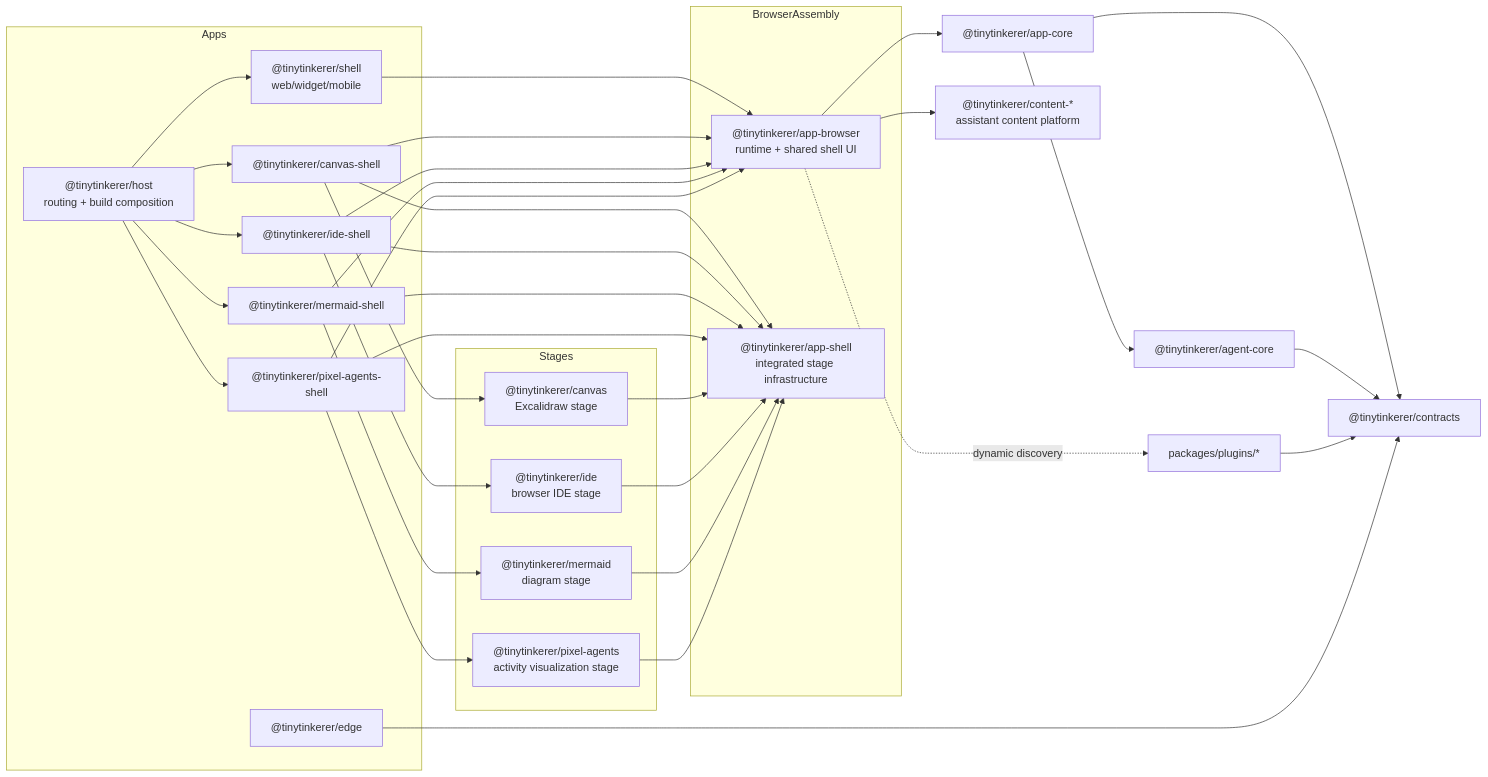
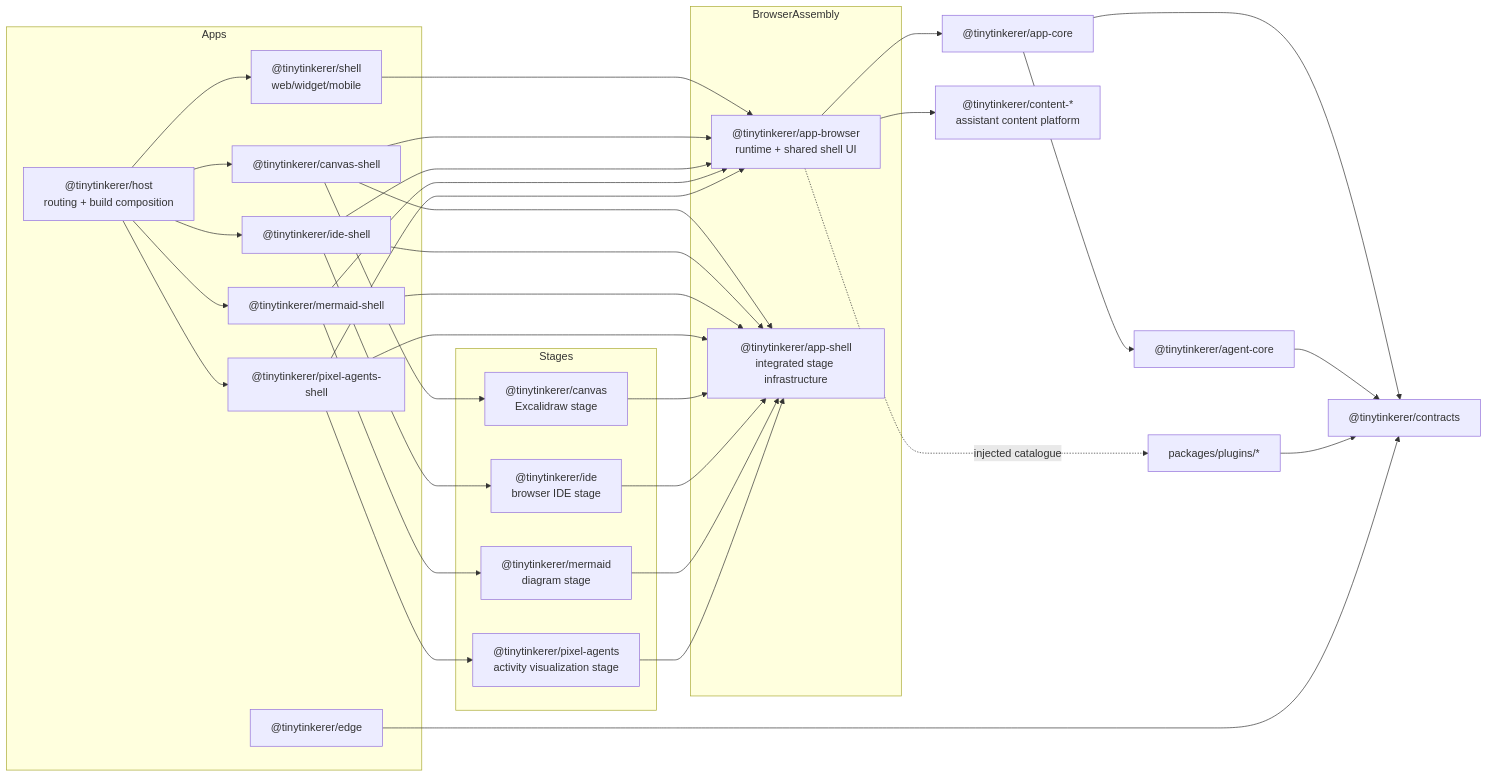
The diagram in docs/architecture/ARCHITECTURE.md (NNTin/tinytinkerer), drawn with Mermaid before and after one commit. The commit also changed other lines of this file and 68 other files, not shown here.

````diff
--- a/docs/architecture/ARCHITECTURE.md
+++ b/docs/architecture/ARCHITECTURE.md
@@ -80,61 +80,61 @@
 ```mermaid
 flowchart LR
   subgraph Apps
     host["@tinytinkerer/host<br/>routing + build composition"]
     shell["@tinytinkerer/shell<br/>web/widget/mobile"]
     canvasShell["@tinytinkerer/canvas-shell"]
     ideShell["@tinytinkerer/ide-shell"]
     mermaidShell["@tinytinkerer/mermaid-shell"]
     pixelAgentsShell["@tinytinkerer/pixel-agents-shell"]
     edge["@tinytinkerer/edge"]
   end
 
   subgraph BrowserAssembly
     appbrowser["@tinytinkerer/app-browser<br/>runtime + shared shell UI"]
     appshell["@tinytinkerer/app-shell<br/>integrated stage infrastructure"]
   end
 
   subgraph Stages
     canvas["@tinytinkerer/canvas<br/>Excalidraw stage"]
     ide["@tinytinkerer/ide<br/>browser IDE stage"]
     mermaid["@tinytinkerer/mermaid<br/>diagram stage"]
     pixelAgents["@tinytinkerer/pixel-agents<br/>activity visualization stage"]
   end
 
   contracts["@tinytinkerer/contracts"]
   appcore["@tinytinkerer/app-core"]
   agent["@tinytinkerer/agent-core"]
   content["@tinytinkerer/content-*<br/>assistant content platform"]
   plugins["packages/plugins/*"]
 
   host --> shell
   host --> canvasShell
   host --> ideShell
   host --> mermaidShell
   host --> pixelAgentsShell
   shell --> appbrowser
   canvasShell --> appbrowser
   canvasShell --> appshell
   canvasShell --> canvas
   ideShell --> appbrowser
   ideShell --> appshell
   ideShell --> ide
   mermaidShell --> appbrowser
   mermaidShell --> appshell
   mermaidShell --> mermaid
   pixelAgentsShell --> appbrowser
   pixelAgentsShell --> appshell
   pixelAgentsShell --> pixelAgents
   canvas --> appshell
   ide --> appshell
   mermaid --> appshell
   pixelAgents --> appshell
   appbrowser --> appcore
   appbrowser --> content
-  appbrowser -. "dynamic discovery" .-> plugins
+  appbrowser -. "injected catalogue" .-> plugins
   appcore --> agent
   appcore --> contracts
   agent --> contracts
   plugins --> contracts
   edge --> contracts
 ```
````
